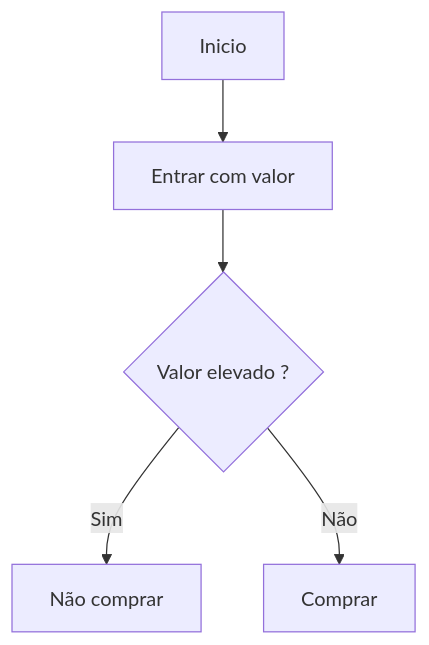
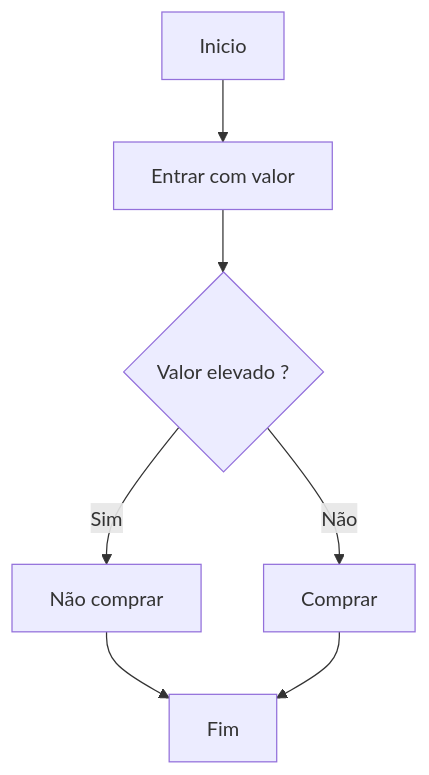
Before and after one commit to RayBasilio123/Markdown: the diagram in README.md, drawn with Mermaid.

Commit message:
mermaid corigido

````diff
--- a/README.md
+++ b/README.md
@@ -237,11 +237,12 @@
 ```mermaid
 
 graph TD
 
     A[ Inicio ]-->B[ Entrar com valor ]
     B --> C{Valor elevado ? }
     C -->|Sim| D[Não comprar]
     C -->|Não| E[Comprar]
-    
+    D --> F[Fim]
+    E --> F[Fim]
 
 ```
````
